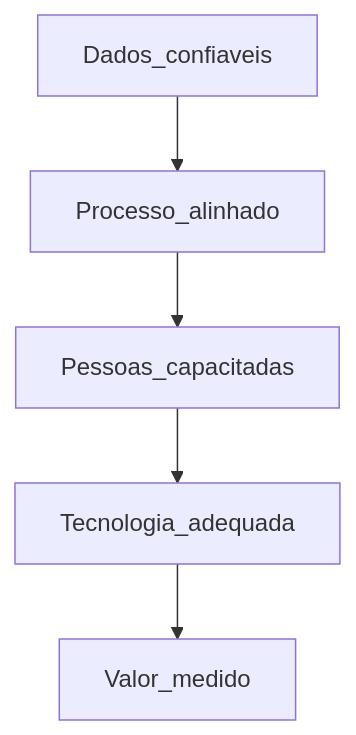
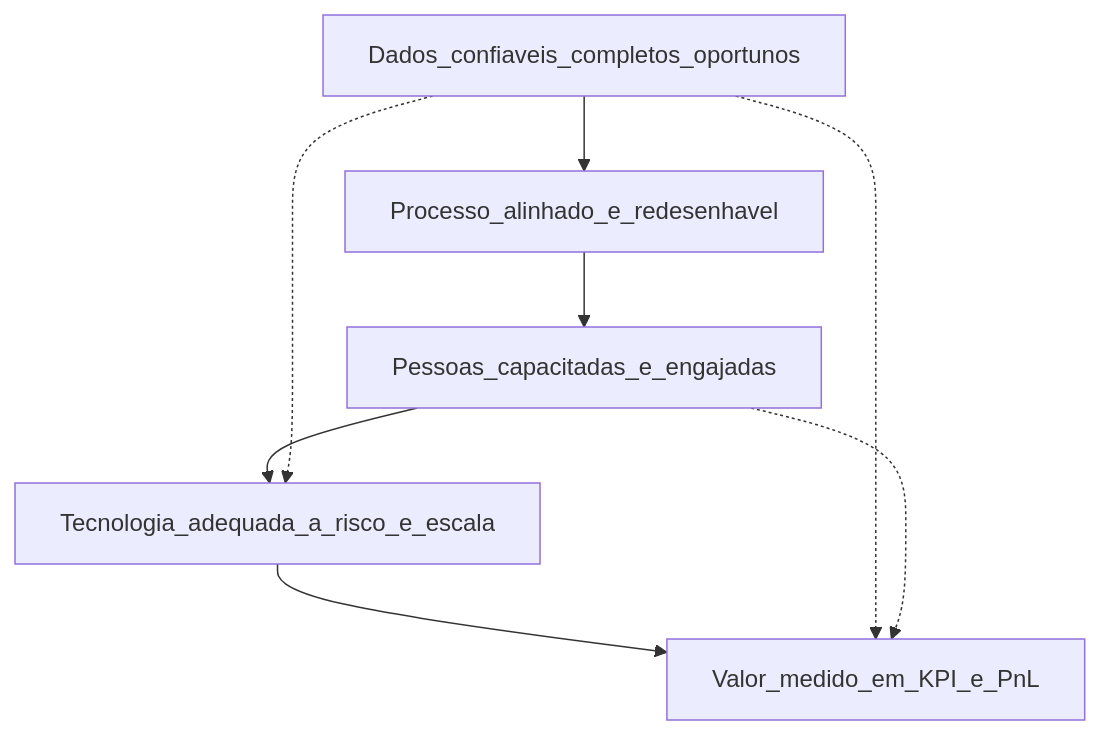
One commit to cleberhensel/logisticon-academy changed the third of 5 diagrams in aulas/trilha-automacao-e-digitalizacao/modulo-04-transformacao-digital-supply-chain/aula-01-valor-cadeia-pilares-madurez-operacional.md. Above: the diagram before and after it, drawn with Mermaid. The commit also changed other lines of this file and 122 other files, not shown here.

````diff
--- a/aulas/trilha-automacao-e-digitalizacao/modulo-04-transformacao-digital-supply-chain/aula-01-valor-cadeia-pilares-madurez-operacional.md
+++ b/aulas/trilha-automacao-e-digitalizacao/modulo-04-transformacao-digital-supply-chain/aula-01-valor-cadeia-pilares-madurez-operacional.md
@@ -49,12 +99,15 @@
 ```mermaid
 flowchart TD
-  D[Dados_confiaveis]
-  P[Processo_alinhado]
-  H[Pessoas_capacitadas]
-  T[Tecnologia_adequada]
-  V[Valor_medido]
+  D[Dados_confiaveis_completos_oportunos]
+  P[Processo_alinhado_e_redesenhavel]
+  H[Pessoas_capacitadas_e_engajadas]
+  T[Tecnologia_adequada_a_risco_e_escala]
+  V[Valor_medido_em_KPI_e_PnL]
   D --> P
   P --> H
   H --> T
   T --> V
+  D -.-> V
+  D -.-> T
+  H -.-> V
 ```
````
